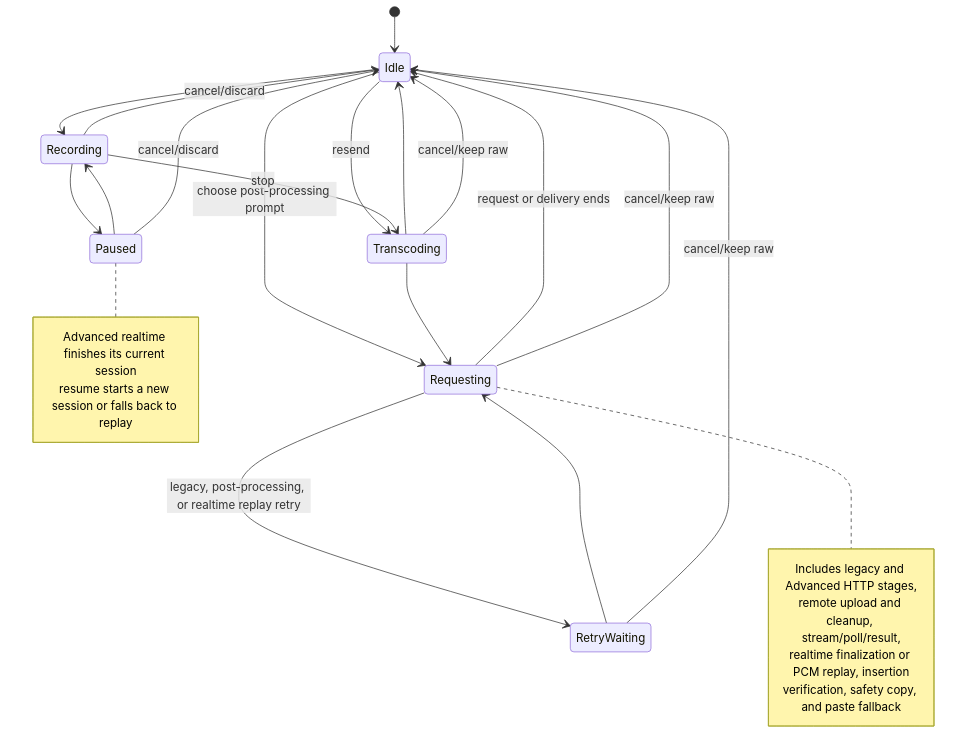
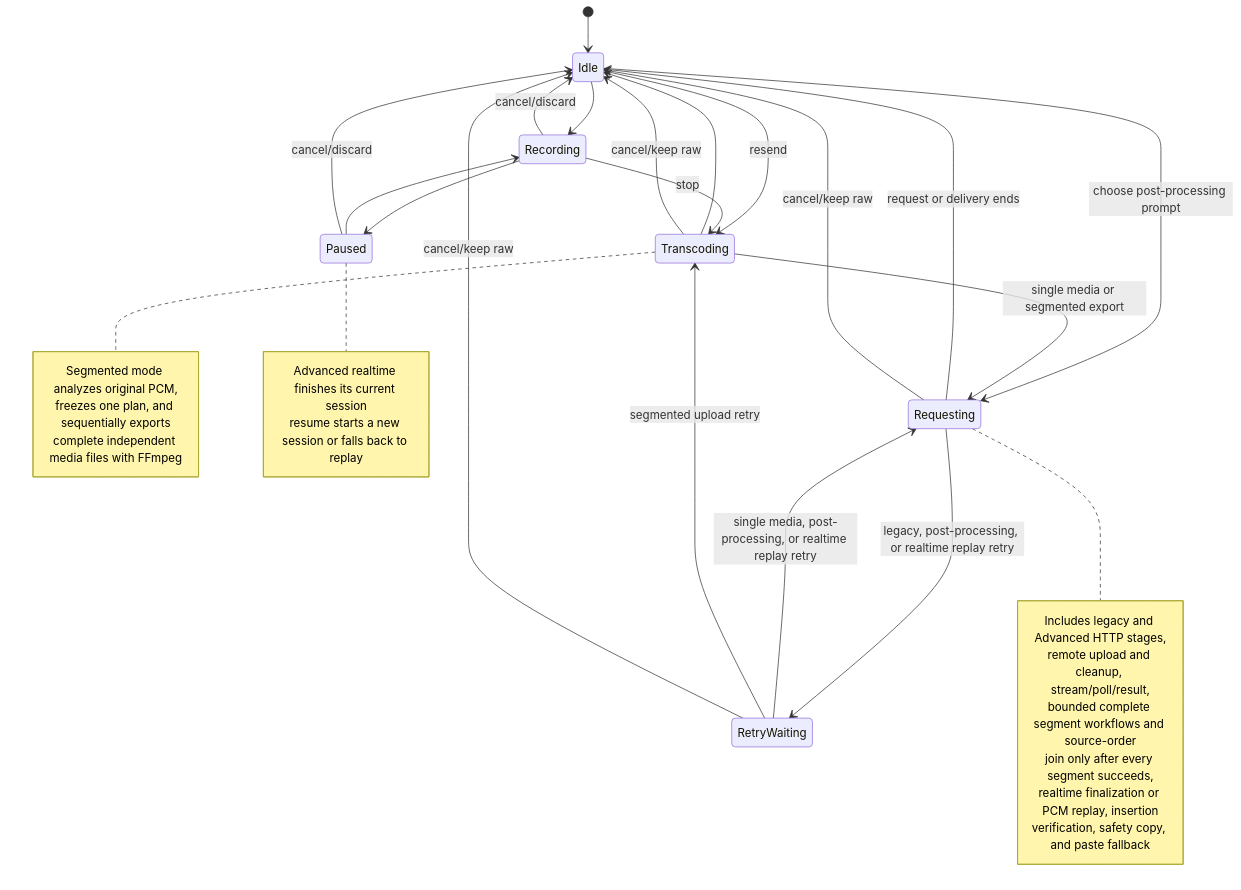
The third of 3 diagrams in README.md (Joey-Kot/Dictate), drawn with Mermaid before and after one commit. The commit also changed other lines of this file and 52 other files, not shown here.

````diff
--- a/README.md
+++ b/README.md
@@ -206,30 +240,38 @@
 ```mermaid
 stateDiagram-v2
   [*] --> Idle
   Idle --> Recording
   Idle --> Transcoding: resend
   Idle --> Requesting: choose post-processing prompt
   Recording --> Paused
   Paused --> Recording
   Recording --> Transcoding: stop
-  Transcoding --> Requesting
+  Transcoding --> Requesting: single media or segmented export
   Requesting --> RetryWaiting: legacy, post-processing, or realtime replay retry
-  RetryWaiting --> Requesting
+  RetryWaiting --> Requesting: single media, post-processing, or realtime replay retry
+  RetryWaiting --> Transcoding: segmented upload retry
   Requesting --> Idle: request or delivery ends
   Transcoding --> Idle
   Recording --> Idle: cancel/discard
   Paused --> Idle: cancel/discard
   Transcoding --> Idle: cancel/keep raw
   Requesting --> Idle: cancel/keep raw
   RetryWaiting --> Idle: cancel/keep raw
   note right of Requesting
     Includes legacy and Advanced HTTP stages,
     remote upload and cleanup, stream/poll/result,
+    bounded complete segment workflows and source-order
+    join only after every segment succeeds,
     realtime finalization or PCM replay, insertion
     verification, safety copy, and paste fallback
+  end note
+  note right of Transcoding
+    Segmented mode analyzes original PCM,
+    freezes one plan, and sequentially exports
+    complete independent media files with FFmpeg
   end note
   note right of Paused
     Advanced realtime finishes its current session
     resume starts a new session or falls back to replay
   end note
 ```
````
